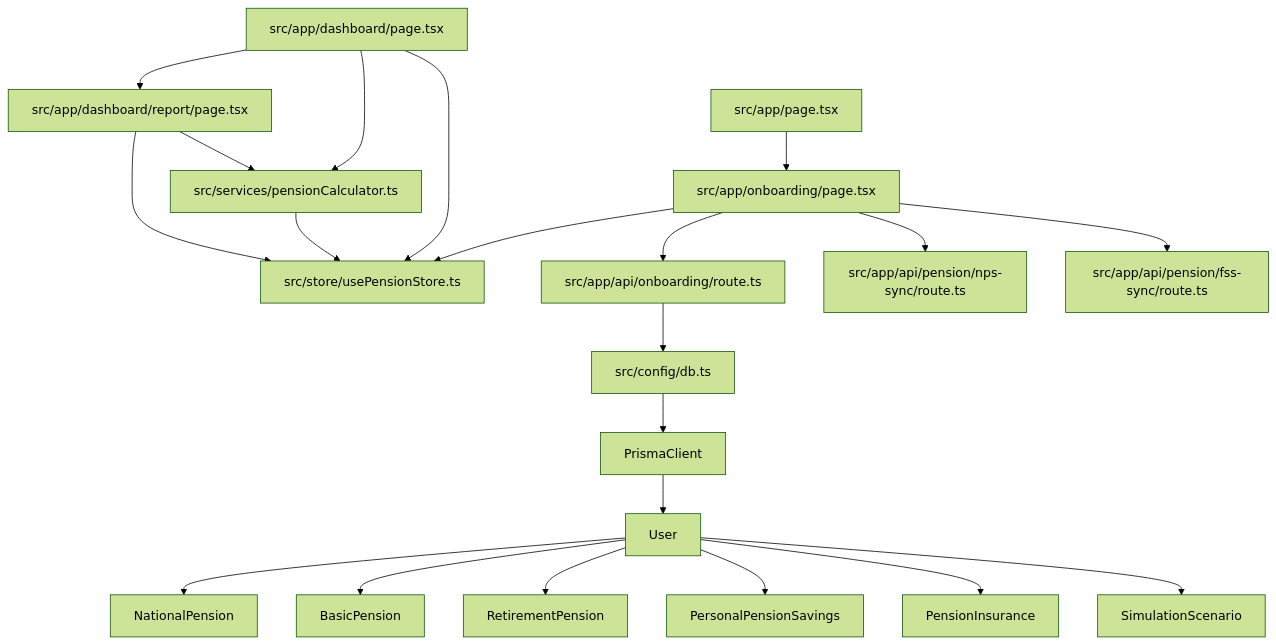
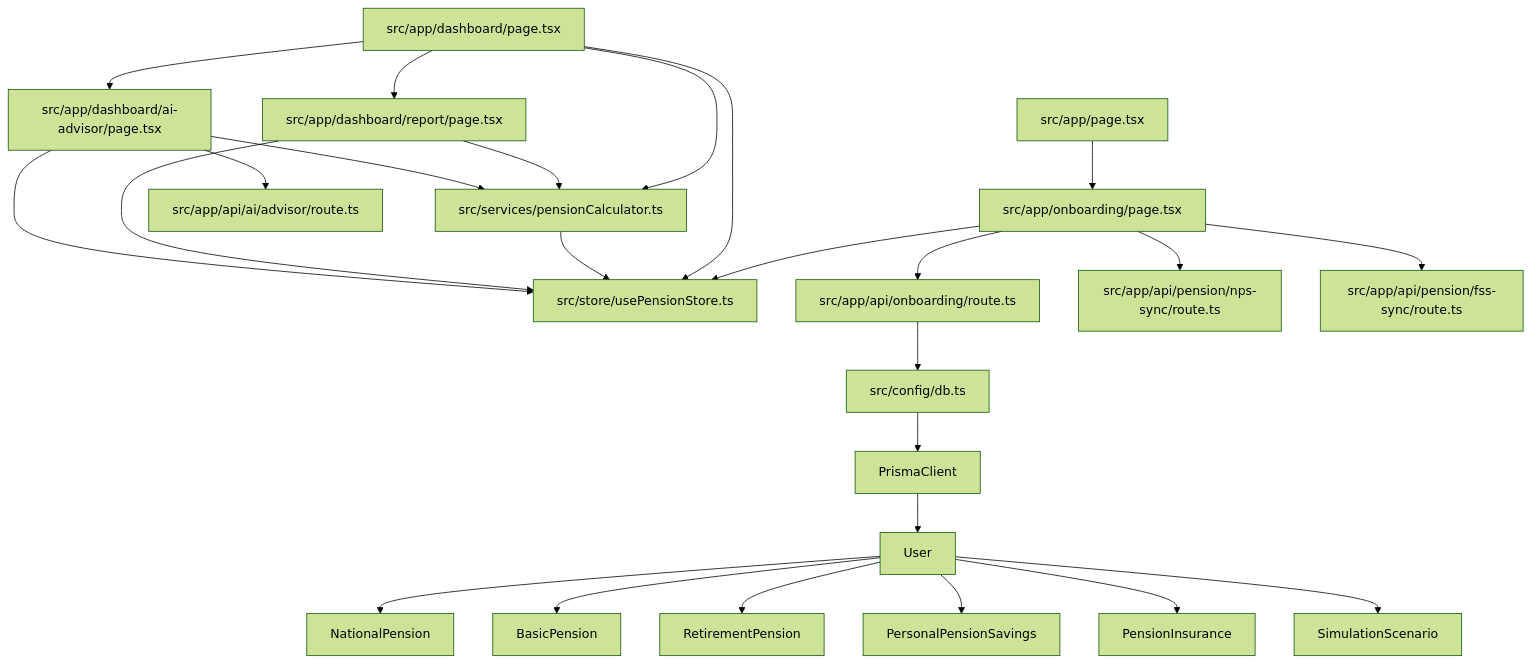
The diagram in docs/dependency-map.md (ChanHoya/PensionLab), drawn with Mermaid (forest theme) before and after one commit. The commit also changed 5 other files, not shown here.

Commit message:
S12-1: MiniMax M3 모델 API 연동 및 은퇴 자산 포트폴리오 진단/리밸런싱 기능 구현

````diff
--- a/docs/dependency-map.md
+++ b/docs/dependency-map.md
@@ -3,33 +3,39 @@
 ```mermaid
 graph TD
   %% Database Layer
   db[src/config/db.ts] --> PrismaClient
   PrismaClient --> User
   User --> NationalPension
   User --> BasicPension
   User --> RetirementPension
   User --> PersonalPensionSavings
   User --> PensionInsurance
   User --> SimulationScenario
 
   %% State & Business Logic Layer
   Store[src/store/usePensionStore.ts]
   Calculator[src/services/pensionCalculator.ts]
 
   %% UI & Page Layer
   Landing[src/app/page.tsx] --> OnboardingUI
   OnboardingUI[src/app/onboarding/page.tsx] --> Store
   OnboardingUI --> OnboardingAPI[src/app/api/onboarding/route.ts]
   OnboardingAPI --> db
 
   Dashboard[src/app/dashboard/page.tsx] --> Store
   Dashboard --> Calculator
   Calculator --> Store
 
   %% Sprint 2 Additions
   Dashboard --> Report[src/app/dashboard/report/page.tsx]
   Report --> Store
   Report --> Calculator
   OnboardingUI --> NPSSyncAPI[src/app/api/pension/nps-sync/route.ts]
   OnboardingUI --> FSSSyncAPI[src/app/api/pension/fss-sync/route.ts]
+
+  %% MiniMax AI Advisor (Sprint 12 / MiniMax Integration)
+  Dashboard --> AIAdvisor[src/app/dashboard/ai-advisor/page.tsx]
+  AIAdvisor --> Store
+  AIAdvisor --> Calculator
+  AIAdvisor --> AIAdvisorAPI[src/app/api/ai/advisor/route.ts]
 ```
````
